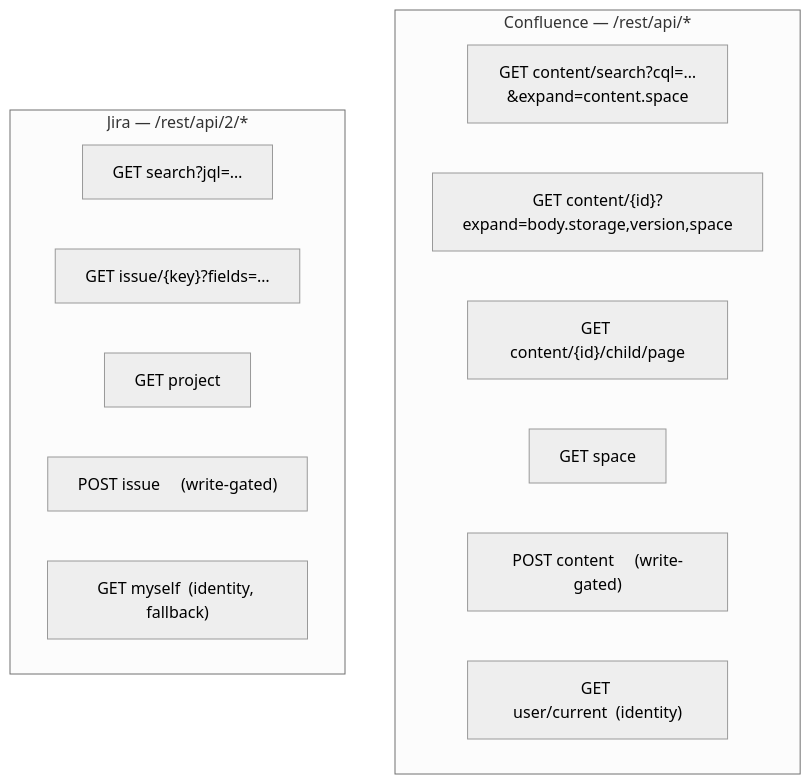
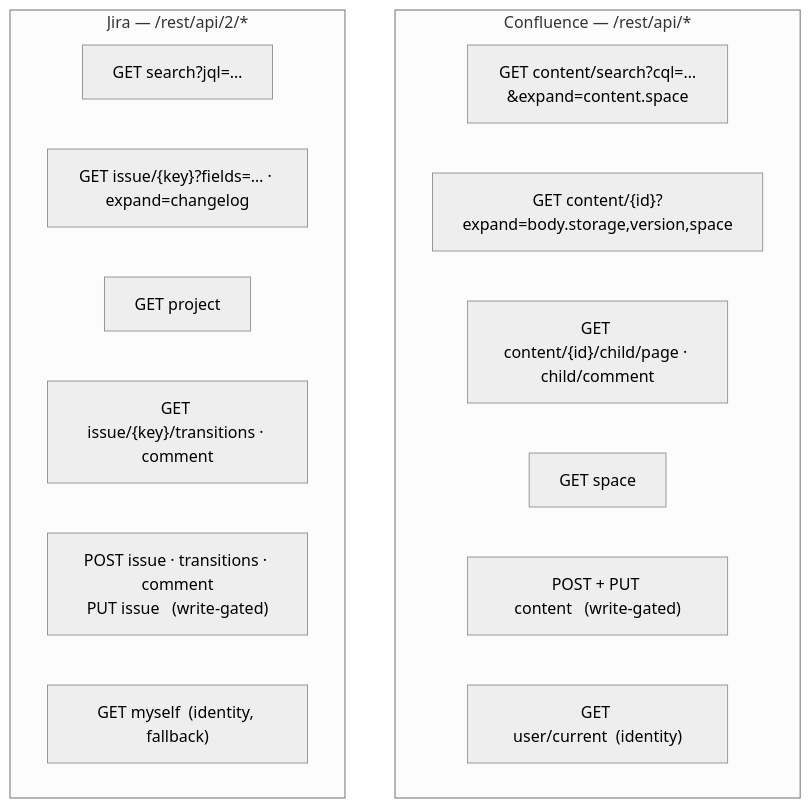
The second of 2 diagrams in README.md (whjvenyl/atlassian-dc-mcp), drawn with Mermaid (neutral theme) before and after one commit. The commit also changed other lines of this file and 16 other files, not shown here.

````diff
--- a/README.md
+++ b/README.md
@@ -51,18 +53,19 @@
 ```mermaid
 flowchart TB
     subgraph conf["Confluence — /rest/api/*"]
         c1["GET content/search?cql=…&expand=content.space"]
         c2["GET content/{id}?expand=body.storage,version,space"]
-        c3["GET content/{id}/child/page"]
+        c3["GET content/{id}/child/page · child/comment"]
         c4["GET space"]
-        c5["POST content&nbsp;&nbsp;&nbsp;&nbsp;&nbsp;(write-gated)"]
+        c5["POST + PUT content&nbsp;&nbsp;&nbsp;(write-gated)"]
         c6["GET user/current&nbsp;&nbsp;(identity)"]
     end
     subgraph jira["Jira — /rest/api/2/*"]
         j1["GET search?jql=…"]
-        j2["GET issue/{key}?fields=…"]
+        j2["GET issue/{key}?fields=… · expand=changelog"]
         j3["GET project"]
-        j4["POST issue&nbsp;&nbsp;&nbsp;&nbsp;&nbsp;(write-gated)"]
-        j5["GET myself&nbsp;&nbsp;(identity, fallback)"]
+        j4["GET issue/{key}/transitions · comment"]
+        j5["POST issue · transitions · comment<br/>PUT issue&nbsp;&nbsp;&nbsp;(write-gated)"]
+        j6["GET myself&nbsp;&nbsp;(identity, fallback)"]
     end
 ```
````
